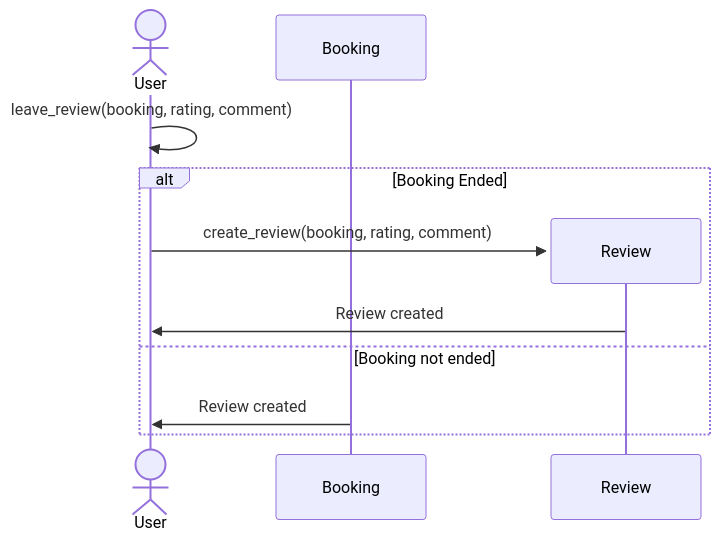
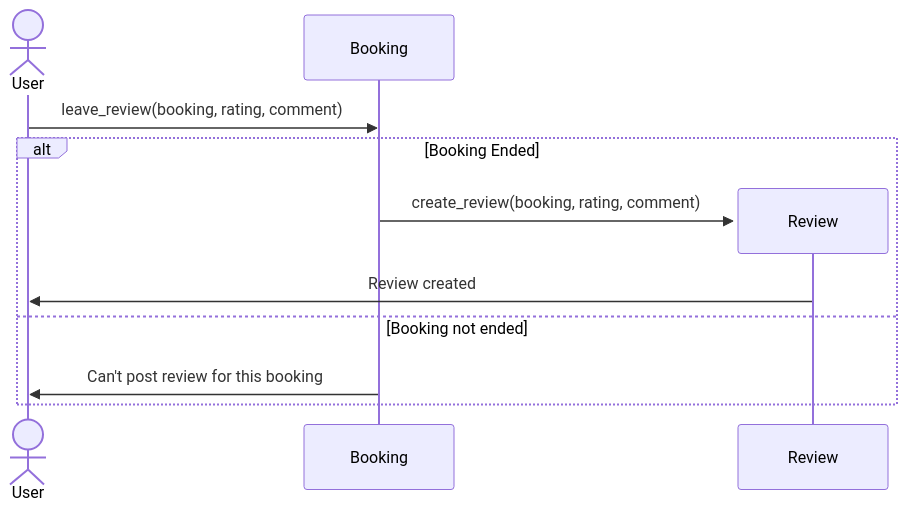
One commit to EvaGLN/UML-Design-Lab changed the diagram in sequence_review.mmd. Above: the diagram before and after it, drawn with Mermaid.

Commit message:
Fix sequence diagram for review submission flow

```diff
--- a/sequence_review.mmd
+++ b/sequence_review.mmd
@@ -1,12 +1,12 @@
 sequenceDiagram
     actor User
     participant Booking
 
-    User->>User: leave_review(booking, rating, comment)
+    User->>Booking: leave_review(booking, rating, comment)
     alt Booking Ended
         create participant Review
-        User->>Review: create_review(booking, rating, comment)
+        Booking->>Review: create_review(booking, rating, comment)
         Review->>User:Review created
     else Booking not ended
-        Booking->>User:Review created
+        Booking->>User: Can't post review for this booking
     end
```
